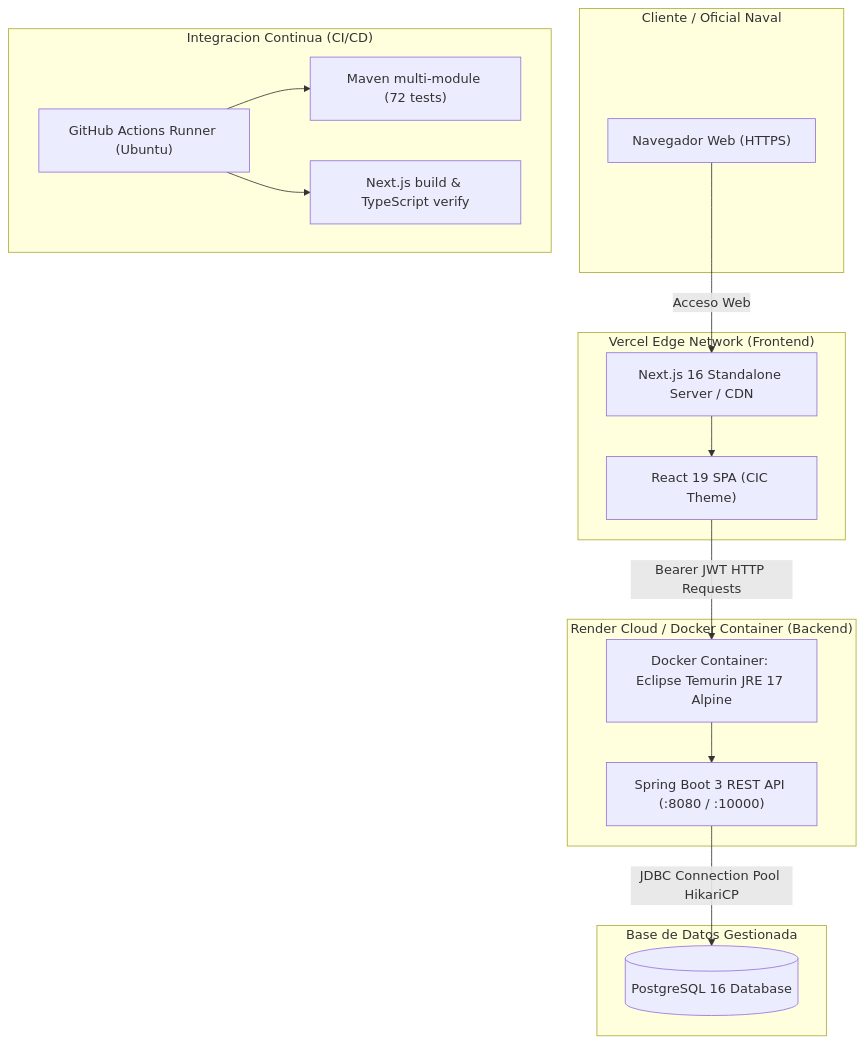
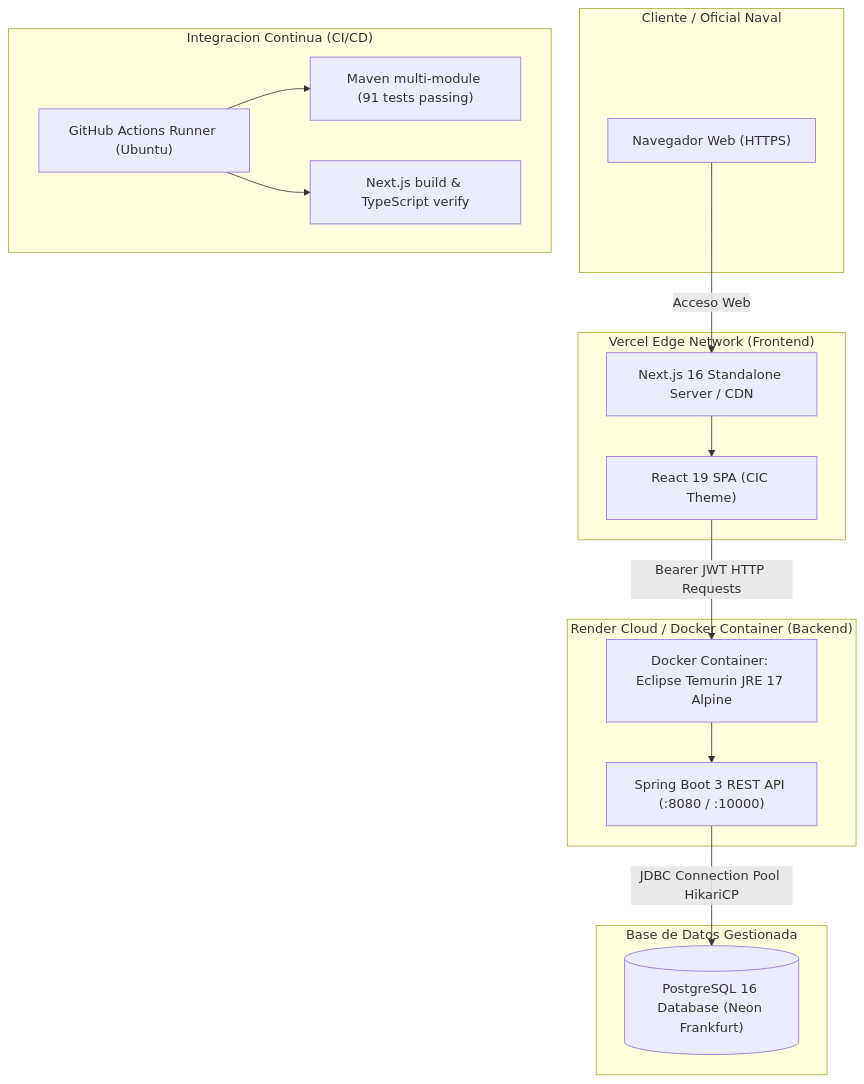
Before and after one commit to alvarofdeza/Battleship_IWSIM21-07: the eighth of 8 diagrams in modelado/ARQUITECTURA_Y_DISENO.md, drawn with Mermaid. The commit also changed other lines of this file and 3 other files, not shown here.

Commit message:
docs: streamline historical roadmap and document milestone 5 architecture, scoring and 91 tests

````diff
--- a/modelado/ARQUITECTURA_Y_DISENO.md
+++ b/modelado/ARQUITECTURA_Y_DISENO.md
@@ -399,35 +427,35 @@
 ```mermaid
 flowchart TD
     subgraph ClientBrowser ["Cliente / Oficial Naval"]
         USER["Navegador Web (HTTPS)"]
     end
 
     subgraph VercelEdge ["Vercel Edge Network (Frontend)"]
         VERCEL_CDN["Next.js 16 Standalone Server / CDN"]
         REACT_APP["React 19 SPA (CIC Theme)"]
     end
 
     subgraph RenderCloud ["Render Cloud / Docker Container (Backend)"]
         DOCKER_APP["Docker Container: Eclipse Temurin JRE 17 Alpine"]
         SPRING_APP["Spring Boot 3 REST API (:8080 / :10000)"]
     end
 
     subgraph ManagedDB ["Base de Datos Gestionada"]
-        PG_CLOUD[("PostgreSQL 16 Database")]
+        PG_CLOUD[("PostgreSQL 16 Database (Neon Frankfurt)")]
     end
 
     subgraph GitHubActions ["Integracion Continua (CI/CD)"]
         GH_RUNNER["GitHub Actions Runner (Ubuntu)"]
-        TEST_JOB["Maven multi-module (72 tests)"]
+        TEST_JOB["Maven multi-module (91 tests passing)"]
         LINT_JOB["Next.js build & TypeScript verify"]
     end
 
     USER -->|Acceso Web| VERCEL_CDN
     VERCEL_CDN --> REACT_APP
     REACT_APP -->|Bearer JWT HTTP Requests| DOCKER_APP
     DOCKER_APP --> SPRING_APP
     SPRING_APP -->|JDBC Connection Pool HikariCP| PG_CLOUD
 
     GH_RUNNER --> TEST_JOB
     GH_RUNNER --> LINT_JOB
 ```
````
